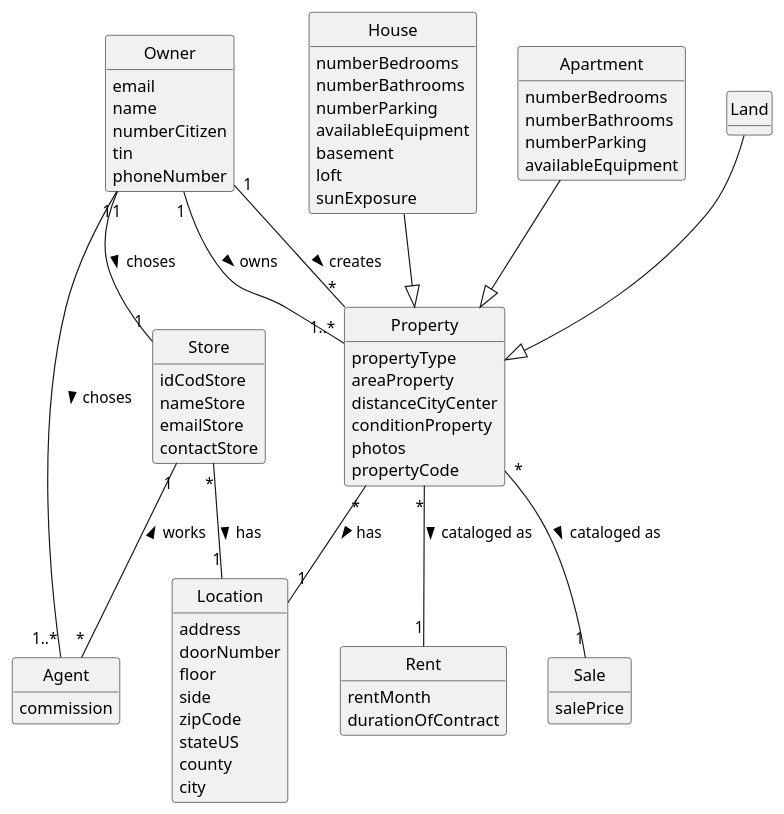
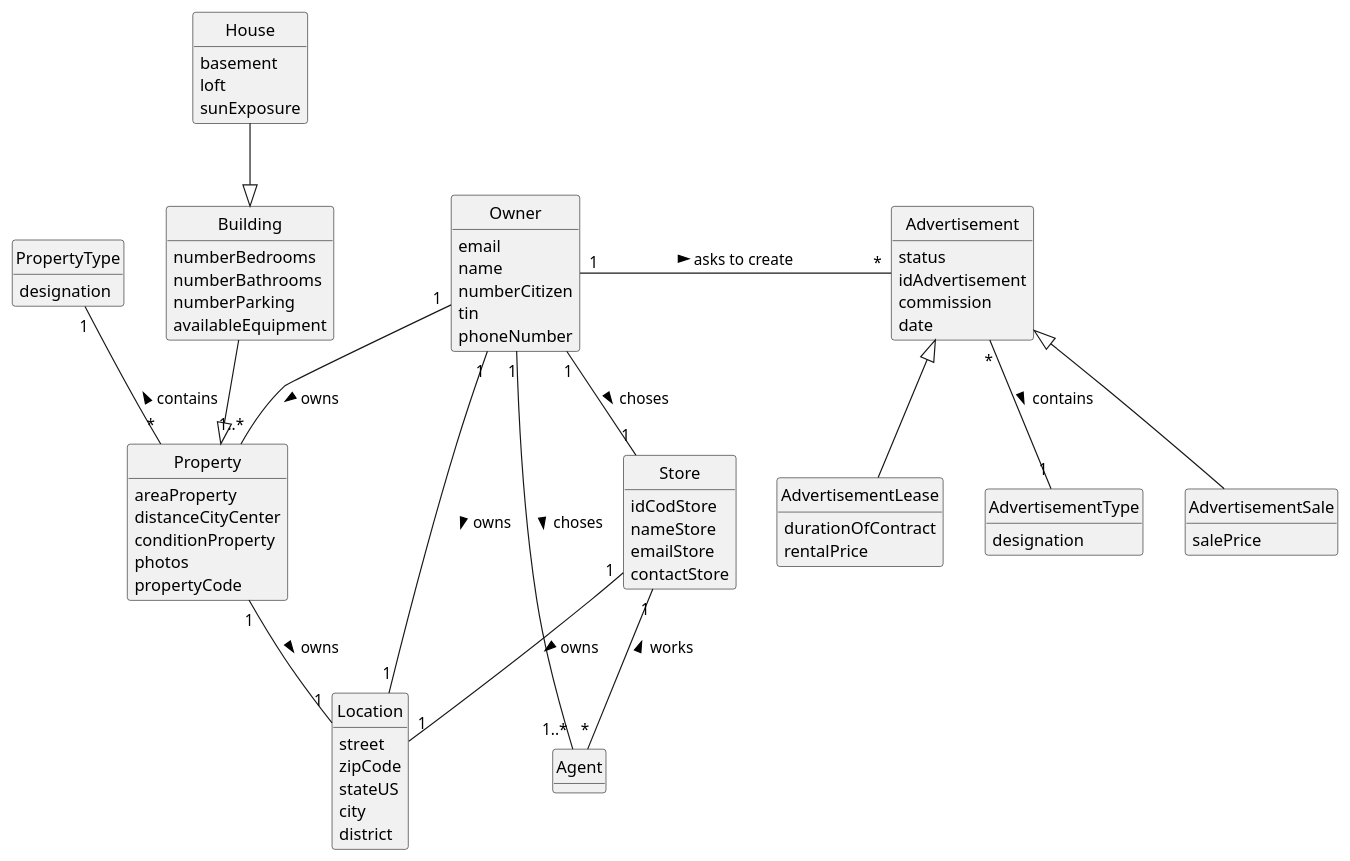
The diagram in docs/sprintA/us004/02.analysis/puml/us004-domain-model.puml (PEDROMOREIRA45/lei-23-s2-1dg-g31), drawn with PlantUML before and after one commit. The commit also changed 2 other files, not shown here.

```diff
--- a/docs/sprintA/us004/02.analysis/puml/us004-domain-model.puml
+++ b/docs/sprintA/us004/02.analysis/puml/us004-domain-model.puml
@@ -1,101 +1,119 @@
 @startuml
 skinparam monochrome true
 skinparam packageStyle rectangle
 skinparam shadowing false
 
 'left to right direction
 
 skinparam classAttributeIconSize 0
 
 hide circle
 hide methods
 
 'title Domain Model
 
 'class Platform {
 '  -description
 '}
 
 class Owner {
     email
     name
     numberCitizen
     tin
     phoneNumber
 }
 
 class Property {
-    propertyType
     areaProperty
     distanceCityCenter
     conditionProperty
     photos
     propertyCode
 }
 
 class House{
-    numberBedrooms
-    numberBathrooms
-    numberParking
-    availableEquipment
     basement
     loft
     sunExposure
 }
 
-class Apartment{
+class PropertyType{
+    designation
+}
+
+class Building{
     numberBedrooms
     numberBathrooms
     numberParking
     availableEquipment
 }
 
-class Land{
+class Location {
+    street
+    zipCode
+    stateUS
+    city
+    district
+}
+class Advertisement {
+    status
+    idAdvertisement
+    commission
+    date
+}
 
-}
-class Rent {
-    rentMonth
-    durationOfContract
-}
-class Sale {
+class AdvertisementSale {
     salePrice
 }
 
-class Location {
-    address
-    doorNumber
-    floor
-    side
-    zipCode
-    stateUS
-    county
-    city
+class AdvertisementLease {
+    durationOfContract
+    rentalPrice
+
+}
+
+class AdvertisementType {
+    designation
 }
 
 class Agent {
-    commission
 }
 
 class Store{
     idCodStore
     nameStore
     emailStore
     contactStore
 }
 
+
 Owner "1" -- "1..*" Property: owns >
-House --|> Property
-Apartment --|> Property
-Land --|>  Property
+
+House --|> Building
+
+Building --|> Property
+
+Property "1" -- "1" Location: owns >
+
+Owner "1" -- "1" Location: owns >
+
+PropertyType "1" -- "*" Property: contains <
+
+Owner "1" - "*" Advertisement: asks to create >
+
+Advertisement <|-- AdvertisementSale
+
+Advertisement <|-- AdvertisementLease
+
+Advertisement "*" -- "1" AdvertisementType: contains >
+
+Owner "1" -- "1..*" Agent: choses >
+
+Owner "1" -- "1" Store: choses >
+
+Store"1" -- "1"Location: owns >
+
 Store "1" -- "*" Agent: works <
 
-Owner "1" -- "1..*" Agent: choses >
-Owner "1" -- "1" Store: choses >
-Owner "1" -- "*" Property : creates >
-
-Property "*" -- "1" Rent: cataloged as >
-Property "*" -- "1" Sale: cataloged as >
-Property "*" -- "1" Location: has >
-Store "*" -- "1" Location: has >
-
 @enduml
```
